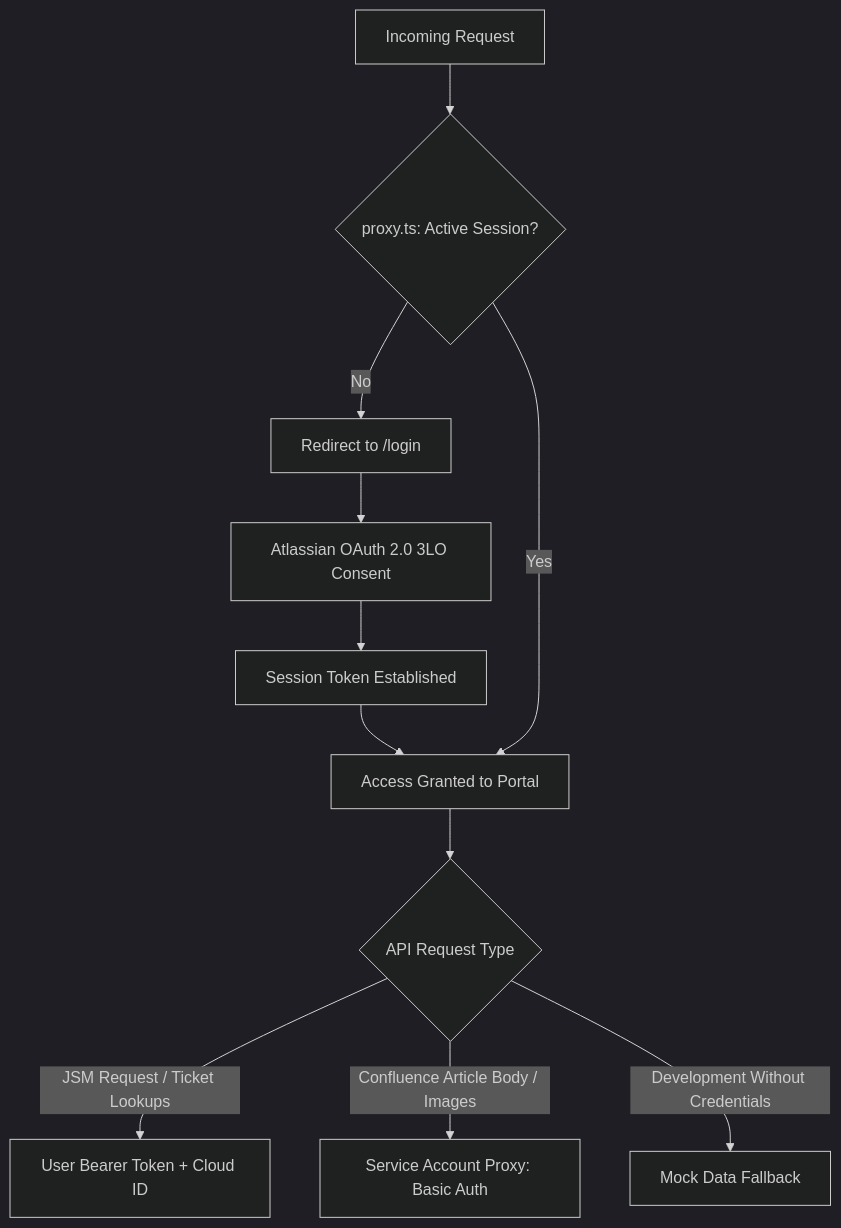
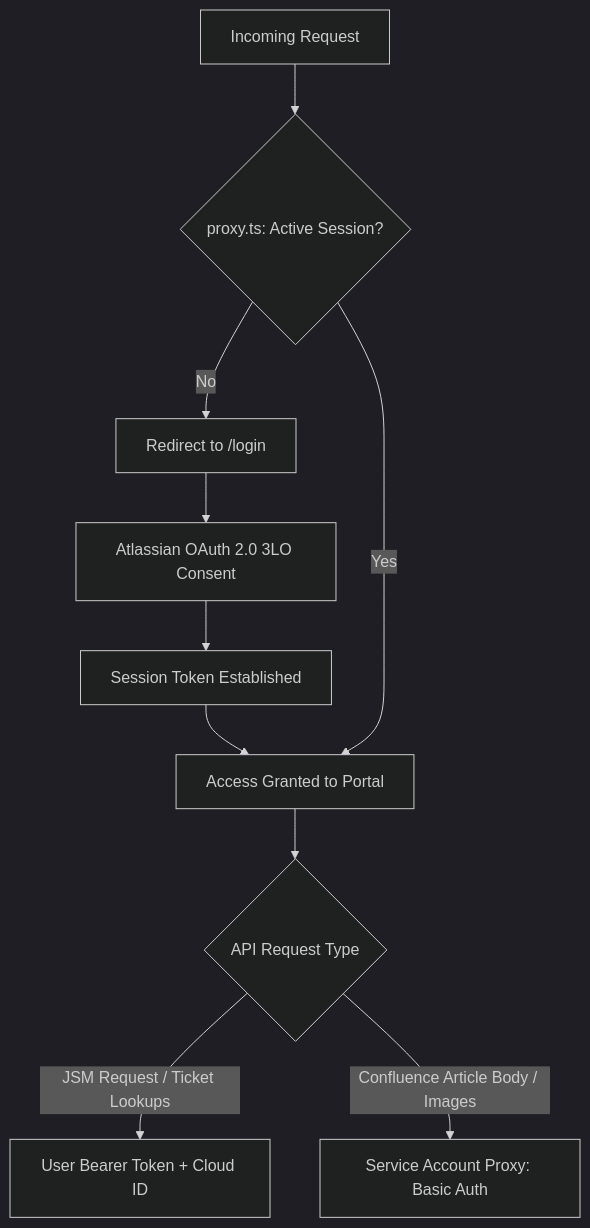
Before and after one commit to Ameerusa86/jsm-portal-frontend---prod: the diagram in README.md, drawn with Mermaid (dark theme). The commit also changed other lines of this file and 12 other files, not shown here.

````diff
--- a/README.md
+++ b/README.md
@@ -28,14 +28,13 @@
 ```mermaid
 flowchart TD
     A[Incoming Request] --> B{proxy.ts: Active Session?}
     B -- No --> C[Redirect to /login]
     C --> D[Atlassian OAuth 2.0 3LO Consent]
     D --> E[Session Token Established]
     E --> F[Access Granted to Portal]
     
     B -- Yes --> F
     F --> G{API Request Type}
     G -- JSM Request / Ticket Lookups --> H[User Bearer Token + Cloud ID]
     G -- Confluence Article Body / Images --> I[Service Account Proxy: Basic Auth]
-    G -- Development Without Credentials --> J[Mock Data Fallback]
 ```
````
